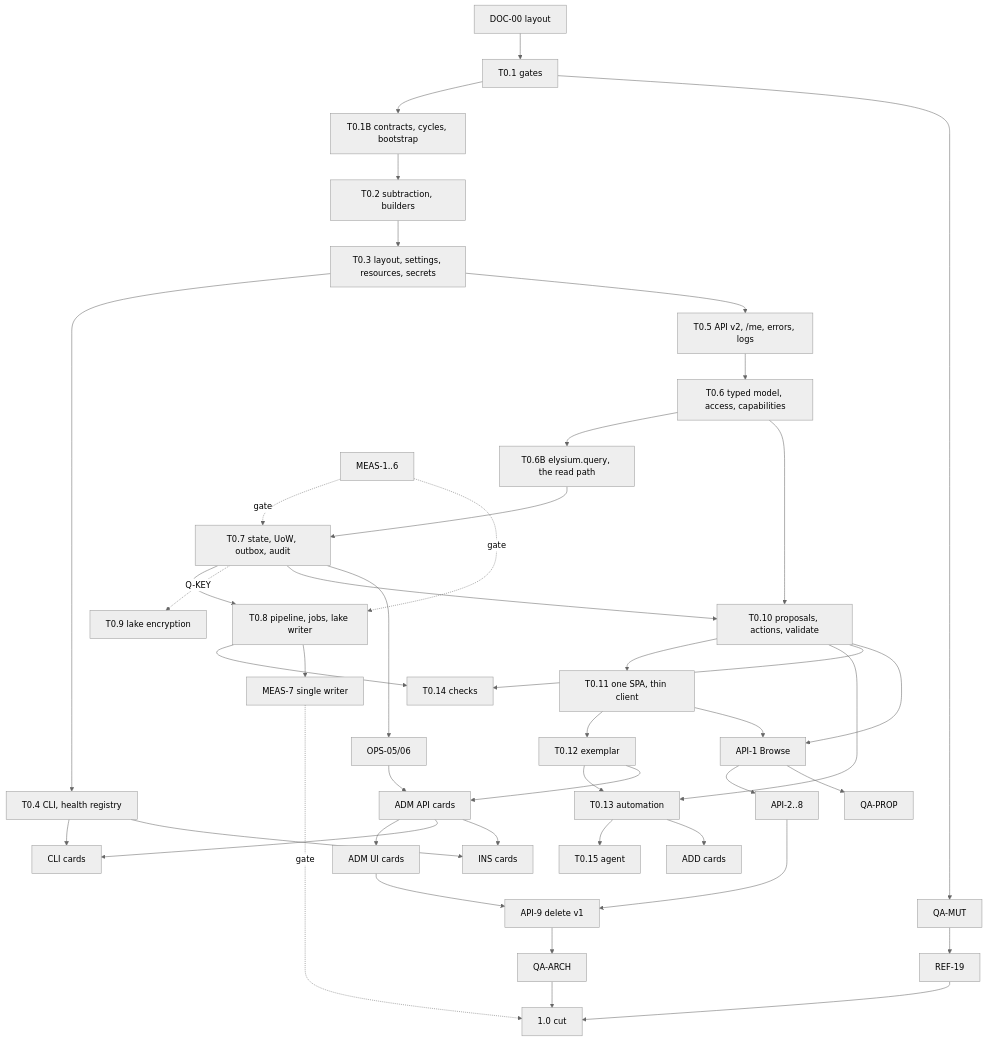
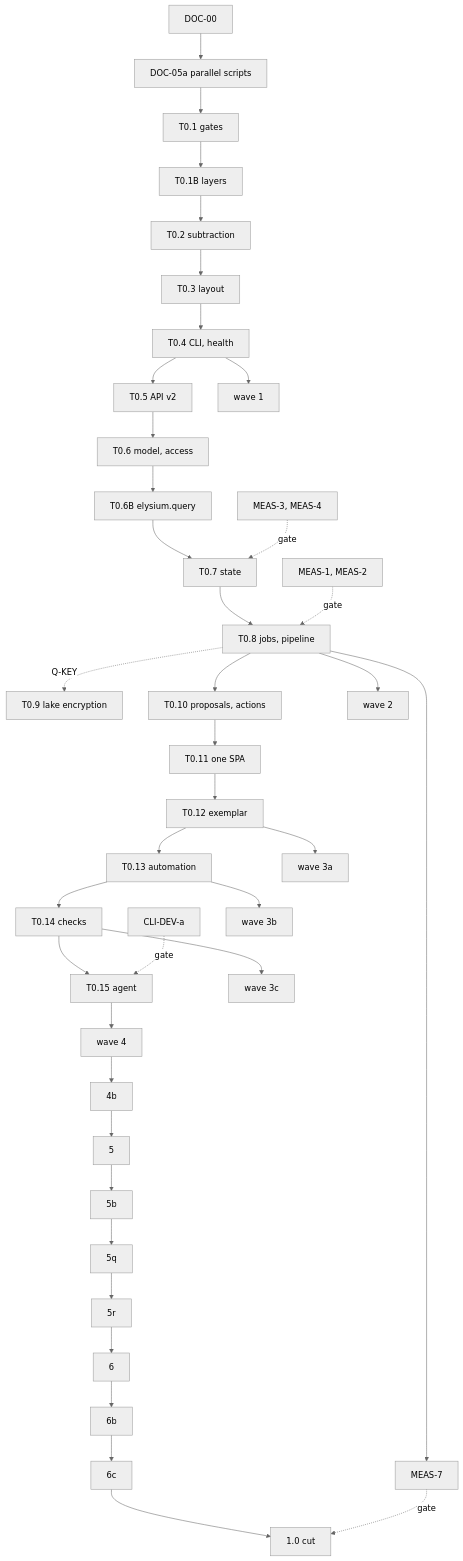
The diagram in docs/roadmap.md (nmartin0/elysium), drawn with Mermaid (neutral theme) before and after one commit. The commit also changed other lines of this file and 4 other files, not shown here.

````diff
--- a/docs/roadmap.md
+++ b/docs/roadmap.md
@@ -3965,46 +7914,19 @@
 ```mermaid
 graph TD
-  D00[DOC-00 layout] --> T01[T0.1 gates]
-  T01 --> T01B[T0.1B contracts, cycles, bootstrap]
-  T01B --> T02[T0.2 subtraction, builders]
-  T02 --> T03[T0.3 layout, settings, resources, secrets]
-  T03 --> T04[T0.4 CLI, health registry]
-  T03 --> T05[T0.5 API v2, /me, errors, logs]
-  T05 --> T06[T0.6 typed model, access, capabilities]
-  T06 --> T06B[T0.6B elysium.query, the read path]
-  T06B --> T07[T0.7 state, UoW, outbox, audit]
-  T07 --> T08[T0.8 pipeline, jobs, lake writer]
-  T07 -.Q-KEY.-> T09[T0.9 lake encryption]
-  T07 --> T010[T0.10 proposals, actions, validate]
-  T06 --> T010
-  T010 --> T011[T0.11 one SPA, thin client]
-  T011 --> T012[T0.12 exemplar]
-  T010 --> T013[T0.13 automation]
-  T012 --> T013
-  T08 --> T014[T0.14 checks]
-  T010 --> T014
-  T013 --> T015[T0.15 agent]
-  MEAS[MEAS-1..6] -.gate.-> T07
-  MEAS -.gate.-> T08
-  T08 --> M7[MEAS-7 single writer] -.gate.-> CUT
-  T04 --> CLI[CLI cards]
-  T012 --> ADMAPI[ADM API cards]
-  ADMAPI --> ADMUI[ADM UI cards]
-  ADMAPI --> CLI
-  T07 --> OPS[OPS-05/06]
-  OPS --> ADMAPI
-  T010 --> API1[API-1 Browse]
-  T011 --> API1
-  API1 --> APIX[API-2..8]
-  API1 --> QAP[QA-PROP]
-  T013 --> ADD[ADD cards]
-  T04 --> INS[INS cards]
-  ADMAPI --> INS
-  ADMUI --> API9[API-9 delete v1]
-  APIX --> API9
-  T01 --> QAM[QA-MUT]
-  API9 --> QAA[QA-ARCH]
-  QAM --> R19[REF-19]
-  QAA --> CUT[1.0 cut]
-  R19 --> CUT
+  D00[DOC-00] --> D05a[DOC-05a parallel scripts] --> T01[T0.1 gates]
+  T01 --> T01B[T0.1B layers] --> T02[T0.2 subtraction] --> T03[T0.3 layout] --> T04[T0.4 CLI, health]
+  T04 --> T05[T0.5 API v2] --> T06[T0.6 model, access] --> T06B[T0.6B elysium.query] --> T07[T0.7 state]
+  T07 --> T08[T0.8 jobs, pipeline] -.Q-KEY.-> T09[T0.9 lake encryption]
+  T08 --> T010[T0.10 proposals, actions] --> T011[T0.11 one SPA] --> T012[T0.12 exemplar]
+  T012 --> T013[T0.13 automation] --> T014[T0.14 checks] --> T015[T0.15 agent]
+  M34[MEAS-3, MEAS-4] -.gate.-> T07
+  M12[MEAS-1, MEAS-2] -.gate.-> T08
+  DEVa[CLI-DEV-a] -.gate.-> T015
+  T04 --> W1[wave 1]
+  T08 --> W2[wave 2]
+  T012 --> W3a[wave 3a]
+  T013 --> W3b[wave 3b]
+  T014 --> W3c[wave 3c]
+  T015 --> W4[wave 4] --> W4b[4b] --> W5[5] --> W5b[5b] --> W5q[5q] --> W5r[5r] --> W6[6] --> W6b[6b] --> W6c[6c] --> CUT[1.0 cut]
+  T08 --> M7[MEAS-7] -.gate.-> CUT
 ```
````
